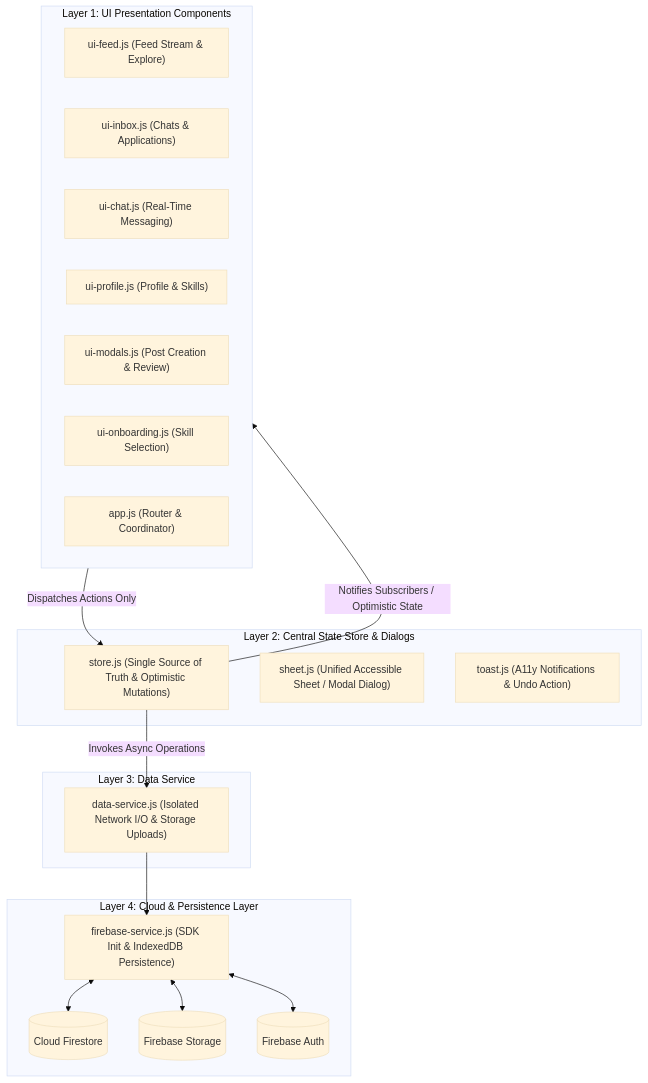
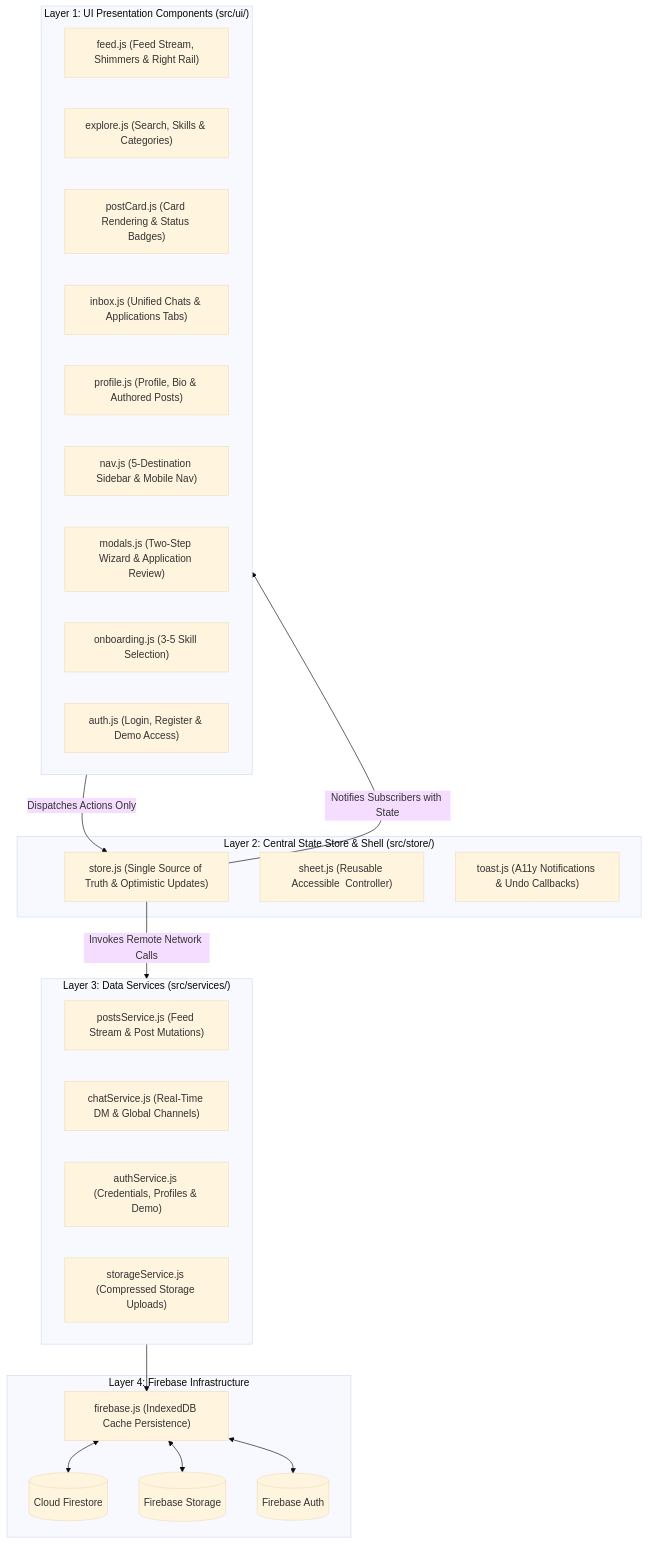
The diagram in README.md (shreya132-ai/SyncUp-web), drawn with Mermaid (base theme) before and after one commit. The commit also changed other lines of this file and 5 other files, not shown here.

````diff
--- a/README.md
+++ b/README.md
@@ -14,37 +15,42 @@
 ```mermaid
 flowchart TD
-    subgraph Layer1["Layer 1: UI Presentation Components"]
-        Feed["ui-feed.js (Feed Stream & Explore)"]
-        Inbox["ui-inbox.js (Chats & Applications)"]
-        Chat["ui-chat.js (Real-Time Messaging)"]
-        Profile["ui-profile.js (Profile & Skills)"]
-        Modals["ui-modals.js (Post Creation & Review)"]
-        Onboard["ui-onboarding.js (Skill Selection)"]
-        AppCoord["app.js (Router & Coordinator)"]
+    subgraph UI_Layer["Layer 1: UI Presentation Components (src/ui/)"]
+        Feed["feed.js (Feed Stream, Shimmers & Right Rail)"]
+        Explore["explore.js (Search, Skills & Categories)"]
+        PostCard["postCard.js (Card Rendering & Status Badges)"]
+        Inbox["inbox.js (Unified Chats & Applications Tabs)"]
+        Profile["profile.js (Profile, Bio & Authored Posts)"]
+        Nav["nav.js (5-Destination Sidebar & Mobile Nav)"]
+        Modals["modals.js (Two-Step Wizard & Application Review)"]
+        Onboarding["onboarding.js (3-5 Skill Selection)"]
+        AuthUI["auth.js (Login, Register & Demo Access)"]
     end
 
-    subgraph Layer2["Layer 2: Central State Store & Dialogs"]
-        Store["store.js (Single Source of Truth & Optimistic Mutations)"]
-        Sheet["sheet.js (Unified Accessible Sheet / Modal Dialog)"]
-        Toast["toast.js (A11y Notifications & Undo Action)"]
+    subgraph Store_Layer["Layer 2: Central State Store & Shell (src/store/)"]
+        Store["store.js (Single Source of Truth & Optimistic Updates)"]
+        Sheet["sheet.js (Reusable Accessible <Sheet> Controller)"]
+        Toast["toast.js (A11y Notifications & Undo Callbacks)"]
     end
 
-    subgraph Layer3["Layer 3: Data Service"]
-        DataService["data-service.js (Isolated Network I/O & Storage Uploads)"]
+    subgraph Data_Layer["Layer 3: Data Services (src/services/)"]
+        PostsService["postsService.js (Feed Stream & Post Mutations)"]
+        ChatService["chatService.js (Real-Time DM & Global Channels)"]
+        AuthService["authService.js (Credentials, Profiles & Demo)"]
+        StorageService["storageService.js (Compressed Storage Uploads)"]
     end
 
-    subgraph Layer4["Layer 4: Cloud & Persistence Layer"]
-        FirebaseService["firebase-service.js (SDK Init & IndexedDB Persistence)"]
+    subgraph Cloud_Layer["Layer 4: Firebase Infrastructure"]
+        FirebaseInit["firebase.js (IndexedDB Cache Persistence)"]
         CloudFirestore[("Cloud Firestore")]
         FirebaseStorage[("Firebase Storage")]
         FirebaseAuth[("Firebase Auth")]
     end
 
-    Layer1 -->|Dispatches Actions Only| Store
-    Store -->|Notifies Subscribers / Optimistic State| Layer1
-    Store -->|Invokes Async Operations| DataService
-    DataService --> FirebaseService
-    FirebaseService <--> CloudFirestore
-    FirebaseService <--> FirebaseStorage
-    FirebaseService <--> FirebaseAuth
+    UI_Layer -->|Dispatches Actions Only| Store
+    Store -->|Notifies Subscribers with State| UI_Layer
+    Store -->|Invokes Remote Network Calls| Data_Layer
+    Data_Layer --> FirebaseInit
+    FirebaseInit <--> CloudFirestore
+    FirebaseInit <--> FirebaseStorage
+    FirebaseInit <--> FirebaseAuth
 ```
````
